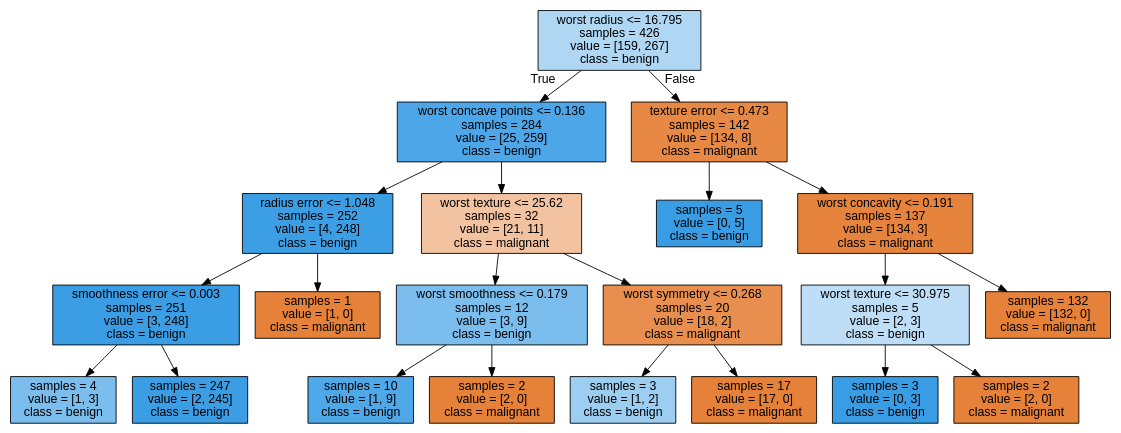
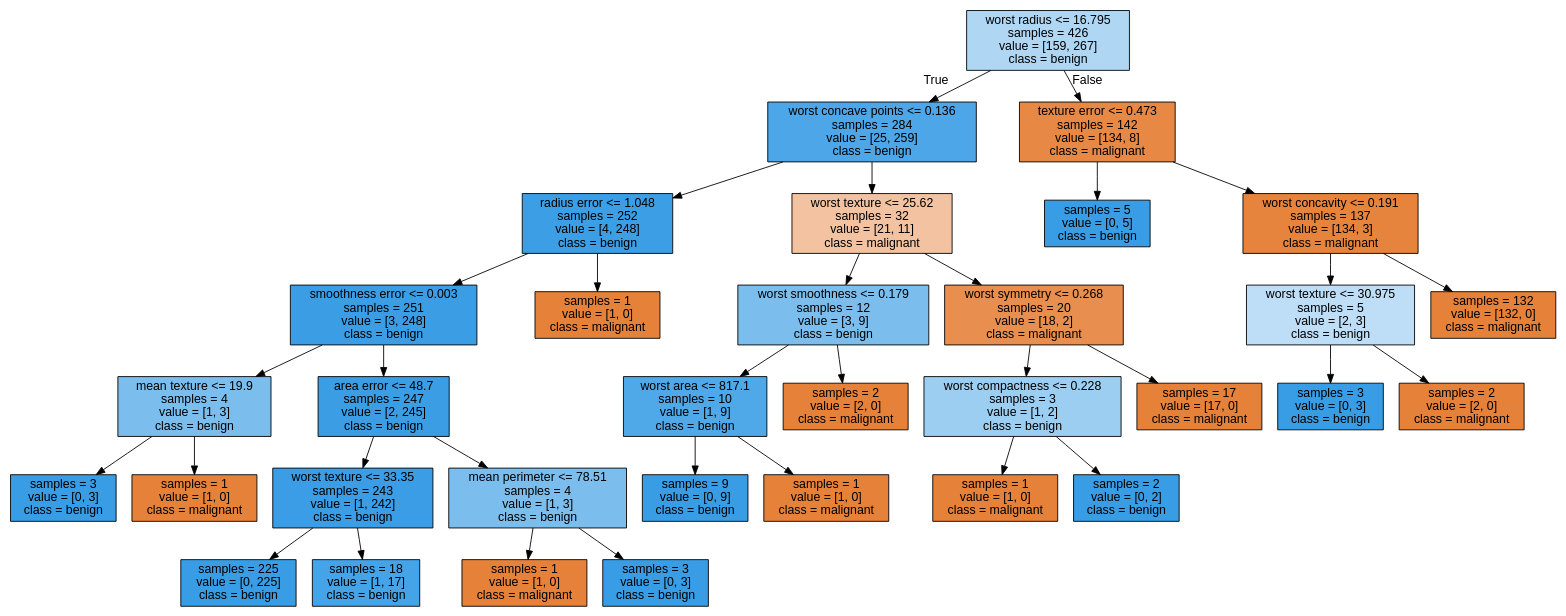
Before and after one commit to icta-tecaji/python-machine-learning-public: the diagram in 02_Nadzorovano_ucenje/data/tree.dot, drawn with Graphviz. The commit also changed 6 other files, not shown here.

```diff
--- a/02_Nadzorovano_ucenje/data/tree.dot
+++ b/02_Nadzorovano_ucenje/data/tree.dot
@@ -1,45 +1,69 @@
 digraph Tree {
 node [shape=box, style="filled", color="black", fontname="helvetica"] ;
 edge [fontname="helvetica"] ;
 0 [label="worst radius <= 16.795\nsamples = 426\nvalue = [159, 267]\nclass = benign", fillcolor="#afd7f4"] ;
 1 [label="worst concave points <= 0.136\nsamples = 284\nvalue = [25, 259]\nclass = benign", fillcolor="#4ca6e8"] ;
 0 -> 1 [labeldistance=2.5, labelangle=45, headlabel="True"] ;
 2 [label="radius error <= 1.048\nsamples = 252\nvalue = [4, 248]\nclass = benign", fillcolor="#3c9fe5"] ;
 1 -> 2 ;
 3 [label="smoothness error <= 0.003\nsamples = 251\nvalue = [3, 248]\nclass = benign", fillcolor="#3b9ee5"] ;
 2 -> 3 ;
-4 [label="samples = 4\nvalue = [1, 3]\nclass = benign", fillcolor="#7bbeee"] ;
+4 [label="mean texture <= 19.9\nsamples = 4\nvalue = [1, 3]\nclass = benign", fillcolor="#7bbeee"] ;
 3 -> 4 ;
-5 [label="samples = 247\nvalue = [2, 245]\nclass = benign", fillcolor="#3b9ee5"] ;
-3 -> 5 ;
+5 [label="samples = 3\nvalue = [0, 3]\nclass = benign", fillcolor="#399de5"] ;
+4 -> 5 ;
 6 [label="samples = 1\nvalue = [1, 0]\nclass = malignant", fillcolor="#e58139"] ;
-2 -> 6 ;
-7 [label="worst texture <= 25.62\nsamples = 32\nvalue = [21, 11]\nclass = malignant", fillcolor="#f3c3a1"] ;
-1 -> 7 ;
-8 [label="worst smoothness <= 0.179\nsamples = 12\nvalue = [3, 9]\nclass = benign", fillcolor="#7bbeee"] ;
+4 -> 6 ;
+7 [label="area error <= 48.7\nsamples = 247\nvalue = [2, 245]\nclass = benign", fillcolor="#3b9ee5"] ;
+3 -> 7 ;
+8 [label="worst texture <= 33.35\nsamples = 243\nvalue = [1, 242]\nclass = benign", fillcolor="#3a9de5"] ;
 7 -> 8 ;
-9 [label="samples = 10\nvalue = [1, 9]\nclass = benign", fillcolor="#4fa8e8"] ;
+9 [label="samples = 225\nvalue = [0, 225]\nclass = benign", fillcolor="#399de5"] ;
 8 -> 9 ;
-10 [label="samples = 2\nvalue = [2, 0]\nclass = malignant", fillcolor="#e58139"] ;
+10 [label="samples = 18\nvalue = [1, 17]\nclass = benign", fillcolor="#45a3e7"] ;
 8 -> 10 ;
-11 [label="worst symmetry <= 0.268\nsamples = 20\nvalue = [18, 2]\nclass = malignant", fillcolor="#e88f4f"] ;
+11 [label="mean perimeter <= 78.51\nsamples = 4\nvalue = [1, 3]\nclass = benign", fillcolor="#7bbeee"] ;
 7 -> 11 ;
-12 [label="samples = 3\nvalue = [1, 2]\nclass = benign", fillcolor="#9ccef2"] ;
+12 [label="samples = 1\nvalue = [1, 0]\nclass = malignant", fillcolor="#e58139"] ;
 11 -> 12 ;
-13 [label="samples = 17\nvalue = [17, 0]\nclass = malignant", fillcolor="#e58139"] ;
+13 [label="samples = 3\nvalue = [0, 3]\nclass = benign", fillcolor="#399de5"] ;
 11 -> 13 ;
-14 [label="texture error <= 0.473\nsamples = 142\nvalue = [134, 8]\nclass = malignant", fillcolor="#e78945"] ;
-0 -> 14 [labeldistance=2.5, labelangle=-45, headlabel="False"] ;
-15 [label="samples = 5\nvalue = [0, 5]\nclass = benign", fillcolor="#399de5"] ;
-14 -> 15 ;
-16 [label="worst concavity <= 0.191\nsamples = 137\nvalue = [134, 3]\nclass = malignant", fillcolor="#e6843d"] ;
-14 -> 16 ;
-17 [label="worst texture <= 30.975\nsamples = 5\nvalue = [2, 3]\nclass = benign", fillcolor="#bddef6"] ;
+14 [label="samples = 1\nvalue = [1, 0]\nclass = malignant", fillcolor="#e58139"] ;
+2 -> 14 ;
+15 [label="worst texture <= 25.62\nsamples = 32\nvalue = [21, 11]\nclass = malignant", fillcolor="#f3c3a1"] ;
+1 -> 15 ;
+16 [label="worst smoothness <= 0.179\nsamples = 12\nvalue = [3, 9]\nclass = benign", fillcolor="#7bbeee"] ;
+15 -> 16 ;
+17 [label="worst area <= 817.1\nsamples = 10\nvalue = [1, 9]\nclass = benign", fillcolor="#4fa8e8"] ;
 16 -> 17 ;
-18 [label="samples = 3\nvalue = [0, 3]\nclass = benign", fillcolor="#399de5"] ;
+18 [label="samples = 9\nvalue = [0, 9]\nclass = benign", fillcolor="#399de5"] ;
 17 -> 18 ;
-19 [label="samples = 2\nvalue = [2, 0]\nclass = malignant", fillcolor="#e58139"] ;
+19 [label="samples = 1\nvalue = [1, 0]\nclass = malignant", fillcolor="#e58139"] ;
 17 -> 19 ;
-20 [label="samples = 132\nvalue = [132, 0]\nclass = malignant", fillcolor="#e58139"] ;
+20 [label="samples = 2\nvalue = [2, 0]\nclass = malignant", fillcolor="#e58139"] ;
 16 -> 20 ;
+21 [label="worst symmetry <= 0.268\nsamples = 20\nvalue = [18, 2]\nclass = malignant", fillcolor="#e88f4f"] ;
+15 -> 21 ;
+22 [label="worst compactness <= 0.228\nsamples = 3\nvalue = [1, 2]\nclass = benign", fillcolor="#9ccef2"] ;
+21 -> 22 ;
+23 [label="samples = 1\nvalue = [1, 0]\nclass = malignant", fillcolor="#e58139"] ;
+22 -> 23 ;
+24 [label="samples = 2\nvalue = [0, 2]\nclass = benign", fillcolor="#399de5"] ;
+22 -> 24 ;
+25 [label="samples = 17\nvalue = [17, 0]\nclass = malignant", fillcolor="#e58139"] ;
+21 -> 25 ;
+26 [label="texture error <= 0.473\nsamples = 142\nvalue = [134, 8]\nclass = malignant", fillcolor="#e78945"] ;
+0 -> 26 [labeldistance=2.5, labelangle=-45, headlabel="False"] ;
+27 [label="samples = 5\nvalue = [0, 5]\nclass = benign", fillcolor="#399de5"] ;
+26 -> 27 ;
+28 [label="worst concavity <= 0.191\nsamples = 137\nvalue = [134, 3]\nclass = malignant", fillcolor="#e6843d"] ;
+26 -> 28 ;
+29 [label="worst texture <= 30.975\nsamples = 5\nvalue = [2, 3]\nclass = benign", fillcolor="#bddef6"] ;
+28 -> 29 ;
+30 [label="samples = 3\nvalue = [0, 3]\nclass = benign", fillcolor="#399de5"] ;
+29 -> 30 ;
+31 [label="samples = 2\nvalue = [2, 0]\nclass = malignant", fillcolor="#e58139"] ;
+29 -> 31 ;
+32 [label="samples = 132\nvalue = [132, 0]\nclass = malignant", fillcolor="#e58139"] ;
+28 -> 32 ;
 }
```
